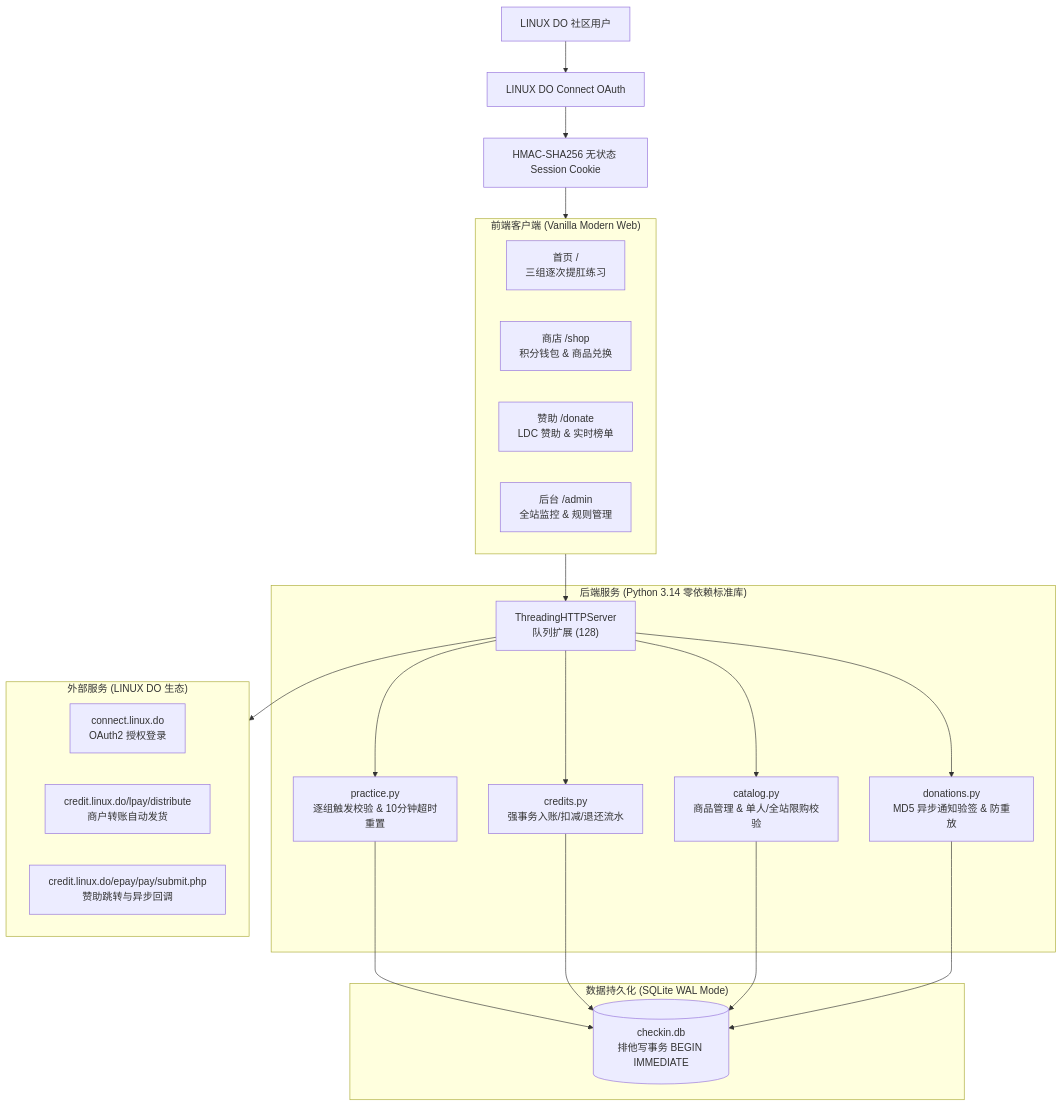
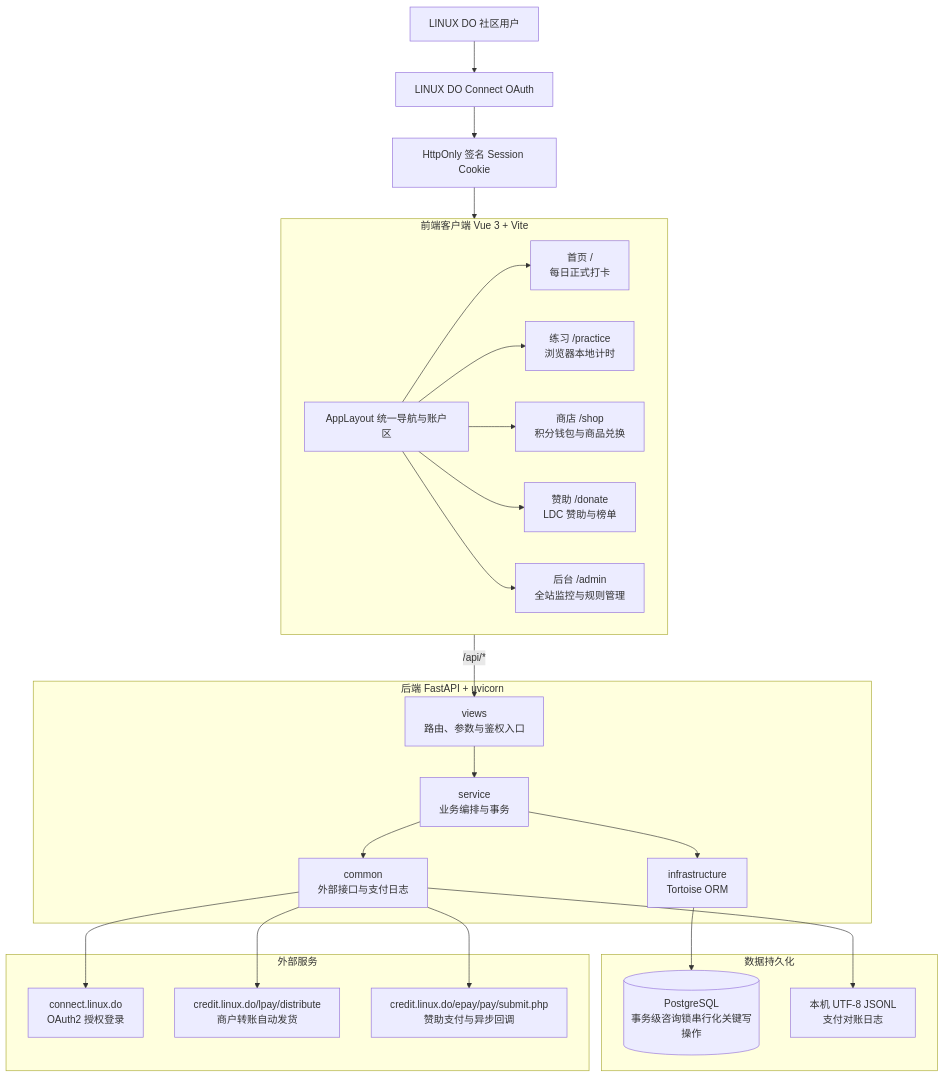
One commit to yintian710/Kegel changed the diagram in docs/README.md. Above: the diagram before and after it, drawn with Mermaid. The commit also changed other lines of this file and 120 other files, not shown here.

Commit message:
refactor: migrate to FastAPI and Vue architecture

````diff
--- a/docs/README.md
+++ b/docs/README.md
@@ -22,36 +22,42 @@
 ```mermaid
 graph TD
   User["LINUX DO 社区用户"] --> Auth["LINUX DO Connect OAuth"]
-  Auth --> Session["HMAC-SHA256 无状态 Session Cookie"]
-  
-  subgraph Client["前端客户端 (Vanilla Modern Web)"]
-    Home["首页 /<br/>三组逐次提肛练习"]
-    Shop["商店 /shop<br/>积分钱包 & 商品兑换"]
-    Donate["赞助 /donate<br/>LDC 赞助 & 实时榜单"]
-    Admin["后台 /admin<br/>全站监控 & 规则管理"]
+  Auth --> Session["HttpOnly 签名 Session Cookie"]
+
+  subgraph Client["前端客户端 Vue 3 + Vite"]
+    Layout["AppLayout 统一导航与账户区"]
+    Home["首页 /<br/>每日正式打卡"]
+    PracticePage["练习 /practice<br/>浏览器本地计时"]
+    Shop["商店 /shop<br/>积分钱包与商品兑换"]
+    Donate["赞助 /donate<br/>LDC 赞助与榜单"]
+    Admin["后台 /admin<br/>全站监控与规则管理"]
+    Layout --> Home & PracticePage & Shop & Donate & Admin
   end
 
-  subgraph Server["后端服务 (Python 3.14 零依赖标准库)"]
-    HTTP["ThreadingHTTPServer<br/>队列扩展 (128)"]
-    Practice["practice.py<br/>逐组触发校验 & 10分钟超时重置"]
-    Credits["credits.py<br/>强事务入账/扣减/退还流水"]
-    Catalog["catalog.py<br/>商品管理 & 单人/全站限购校验"]
-    Donations["donations.py<br/>MD5 异步通知验签 & 防重放"]
+  subgraph Server["后端 FastAPI + uvicorn"]
+    Views["views<br/>路由、参数与鉴权入口"]
+    Service["service<br/>业务编排与事务"]
+    Common["common<br/>外部接口与支付日志"]
+    ORM["infrastructure<br/>Tortoise ORM"]
+    Views --> Service
+    Service --> Common
+    Service --> ORM
   end
 
-  subgraph Storage["数据持久化 (SQLite WAL Mode)"]
-    DB[("checkin.db<br/>排他写事务 BEGIN IMMEDIATE")]
+  subgraph Storage["数据持久化"]
+    DB[("PostgreSQL<br/>事务级咨询锁串行化关键写操作")]
+    Log["本机 UTF-8 JSONL<br/>支付对账日志"]
   end
 
-  subgraph External["外部服务 (LINUX DO 生态)"]
+  subgraph External["外部服务"]
     Connect["connect.linux.do<br/>OAuth2 授权登录"]
     CreditDistribute["credit.linux.do/lpay/distribute<br/>商户转账自动发货"]
-    CreditPay["credit.linux.do/epay/pay/submit.php<br/>赞助跳转与异步回调"]
+    CreditPay["credit.linux.do/epay/pay/submit.php<br/>赞助支付与异步回调"]
   end
 
   Session --> Client
-  Client --> HTTP
-  HTTP --> Practice & Credits & Catalog & Donations
-  Practice & Credits & Catalog & Donations --> DB
-  HTTP --> External
+  Client -->|"/api/*"| Views
+  ORM --> DB
+  Common --> Log
+  Common --> Connect & CreditDistribute & CreditPay
 ```
````
